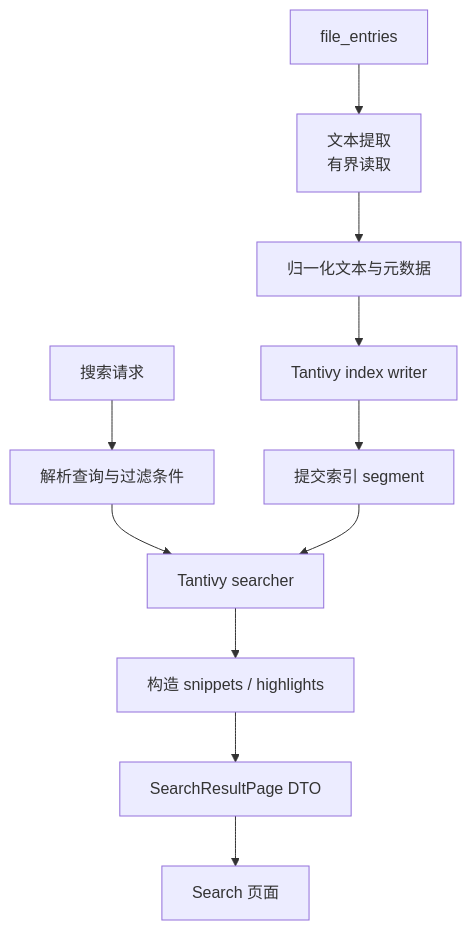
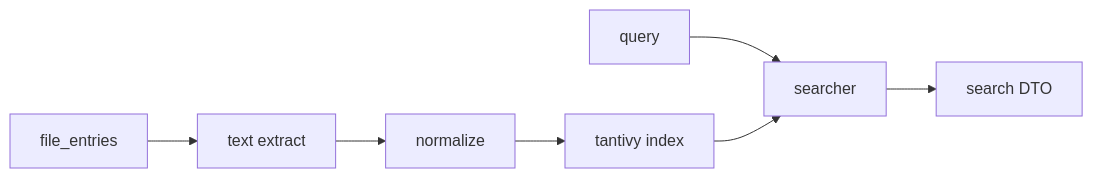
The ninth of 14 diagrams in docs/model-architecture-algorithm-diagrams.md (lQ-A-Ql/meow-detective), drawn with Mermaid before and after one commit. The commit also changed other lines of this file and 46 other files, not shown here.

````diff
--- a/docs/model-architecture-algorithm-diagrams.md
+++ b/docs/model-architecture-algorithm-diagrams.md
@@ -360,18 +215,14 @@
 ```mermaid
-flowchart TB
-  Files["file_entries"]
-  Extract["文本提取<br/>有界读取"]
-  Normalize["归一化文本与元数据"]
-  Index["Tantivy index writer"]
-  Commit["提交索引 segment"]
-  Query["搜索请求"]
-  Parse["解析查询与过滤条件"]
-  Searcher["Tantivy searcher"]
-  Highlight["构造 snippets / highlights"]
-  Page["SearchResultPage DTO"]
+flowchart LR
+  File["file_entries"]
+  Extract["text extract"]
+  Normalize["normalize"]
+  Index["tantivy index"]
+  Query["query"]
+  Search["searcher"]
+  Result["search DTO"]
 
-  Files --> Extract --> Normalize --> Index --> Commit
-  Query --> Parse --> Searcher --> Highlight --> Page
-  Commit --> Searcher
-  Page --> UI["Search 页面"]
+  File --> Extract --> Normalize --> Index
+  Query --> Search --> Result
+  Index --> Search
 ```
````
